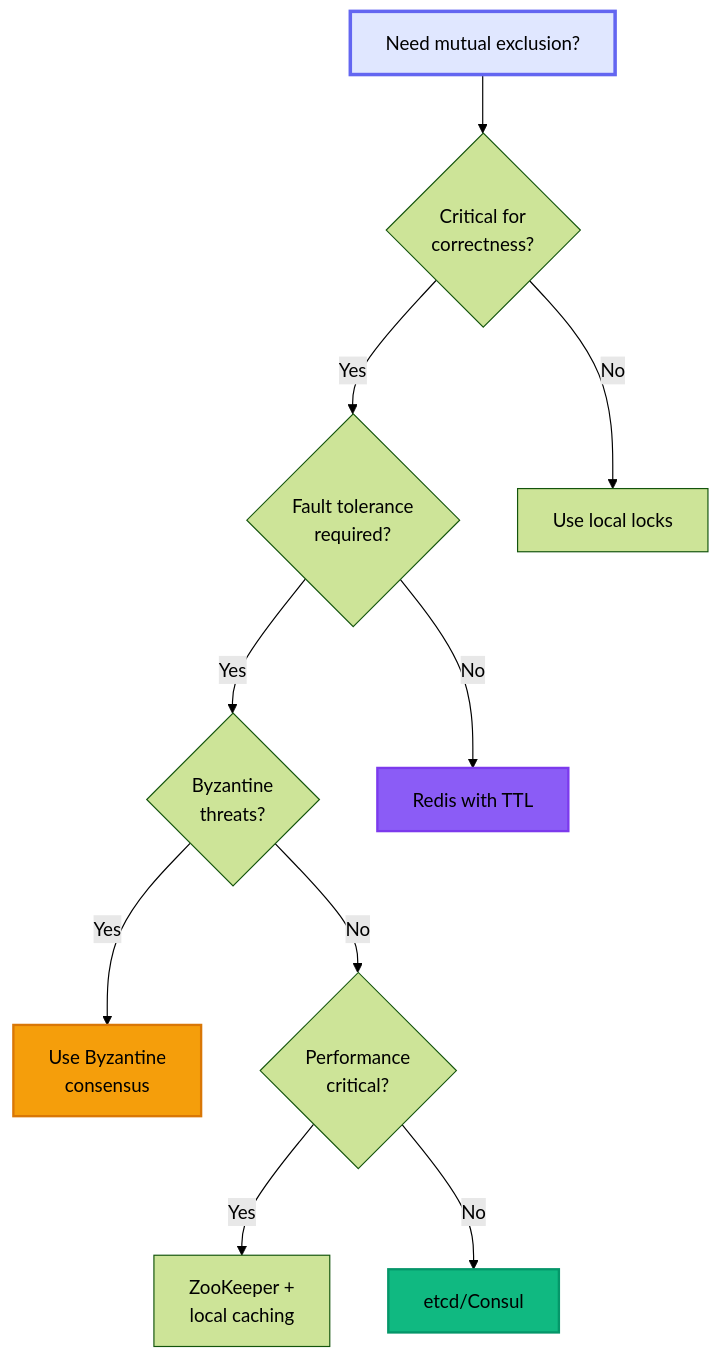
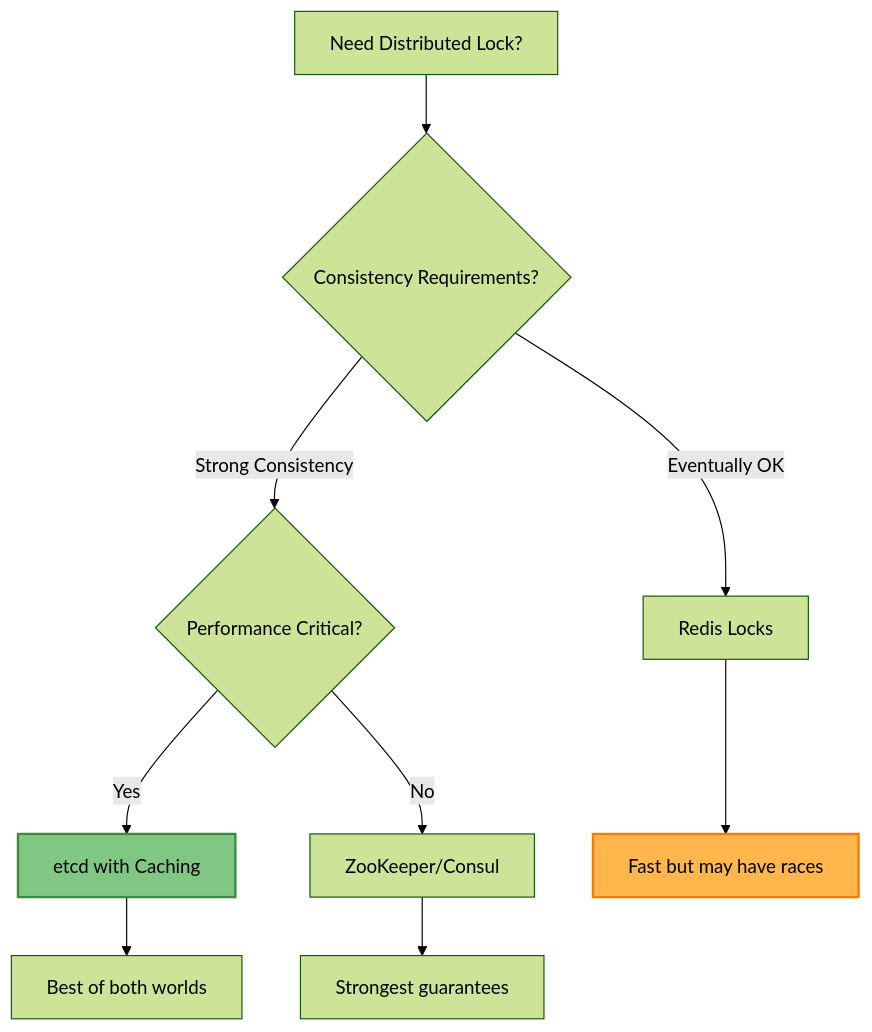
One commit to deepaucksharma/DStudio changed the sixth of 6 diagrams in docs/pattern-library/coordination/distributed-lock.md. Above: the diagram before and after it, drawn with Mermaid (forest theme). The commit also changed other lines of this file and 191 other files, not shown here.

````diff
--- a/docs/pattern-library/coordination/distributed-lock.md
+++ b/docs/pattern-library/coordination/distributed-lock.md
@@ -913,22 +331,19 @@
 ```mermaid
-flowchart TD
-    Start[Need mutual exclusion?]
+graph TD
+    A[Need Distributed Lock?] --> B{Consistency Requirements?}
+    B -->|Eventually OK| C[Redis Locks]
+    B -->|Strong Consistency| D{Performance Critical?}
     
-    Start --> Q1{Critical for<br/>correctness?}
-    Q1 -->|Yes| Q2{Fault tolerance<br/>required?}
-    Q1 -->|No| Local[Use local locks]
+    D -->|Yes| E[etcd with Caching]
+    D -->|No| F[ZooKeeper/Consul]
     
-    Q2 -->|Yes| Q3{Byzantine<br/>threats?}
-    Q2 -->|No| Simple[Redis with TTL]
+    C --> G[Fast but may have races]
+    E --> H[Best of both worlds]
+    F --> I[Strongest guarantees]
     
-    Q3 -->|Yes| Byzantine[Use Byzantine<br/>consensus]
-    Q3 -->|No| Q4{Performance<br/>critical?}
+    classDef recommended fill:#81c784,stroke:#388e3c,stroke-width:2px
+    classDef caution fill:#ffb74d,stroke:#f57c00,stroke-width:2px
     
-    Q4 -->|Yes| Hybrid[ZooKeeper +<br/>local caching]
-    Q4 -->|No| Consensus[etcd/Consul]
-    
-    style Start fill:#e0e7ff,stroke:#6366f1,stroke-width:3px
-    style Consensus fill:#10b981,stroke:#059669,stroke-width:2px
-    style Byzantine fill:#f59e0b,stroke:#d97706,stroke-width:2px
-    style Simple fill:#8b5cf6,stroke:#7c3aed,stroke-width:2px
+    class E recommended
+    class G caution
 ```
````
